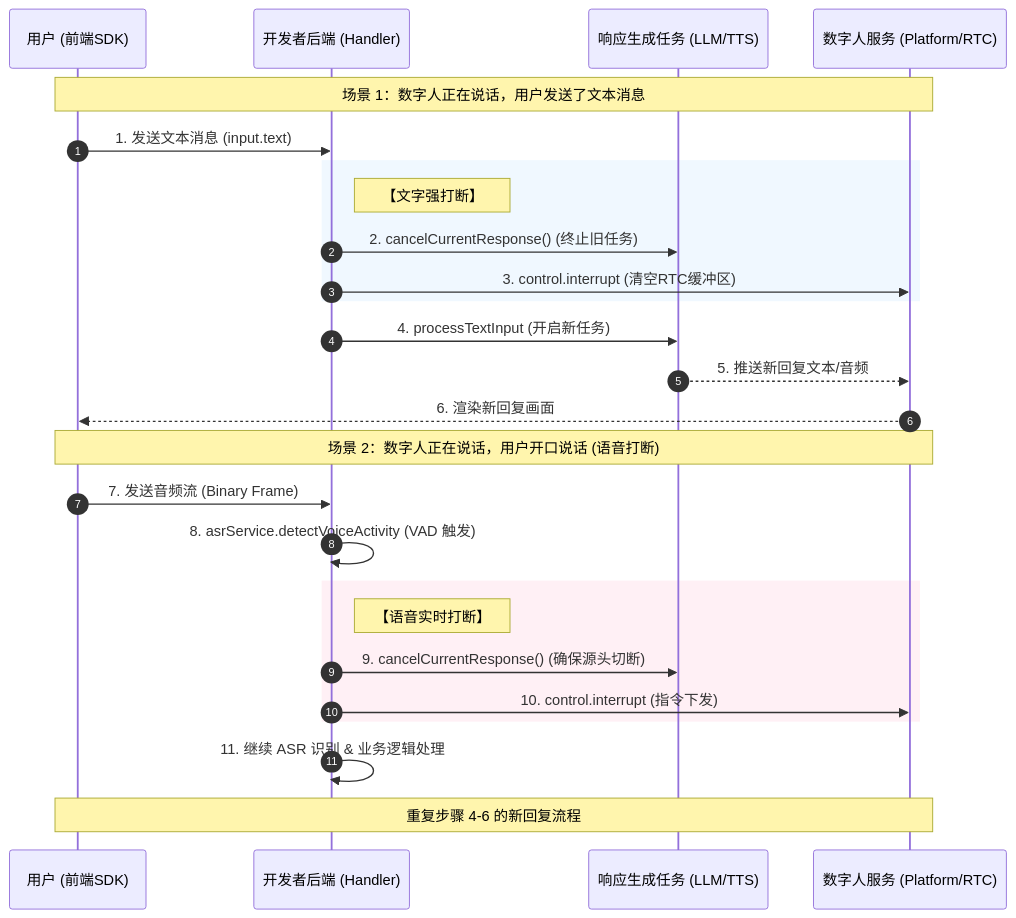
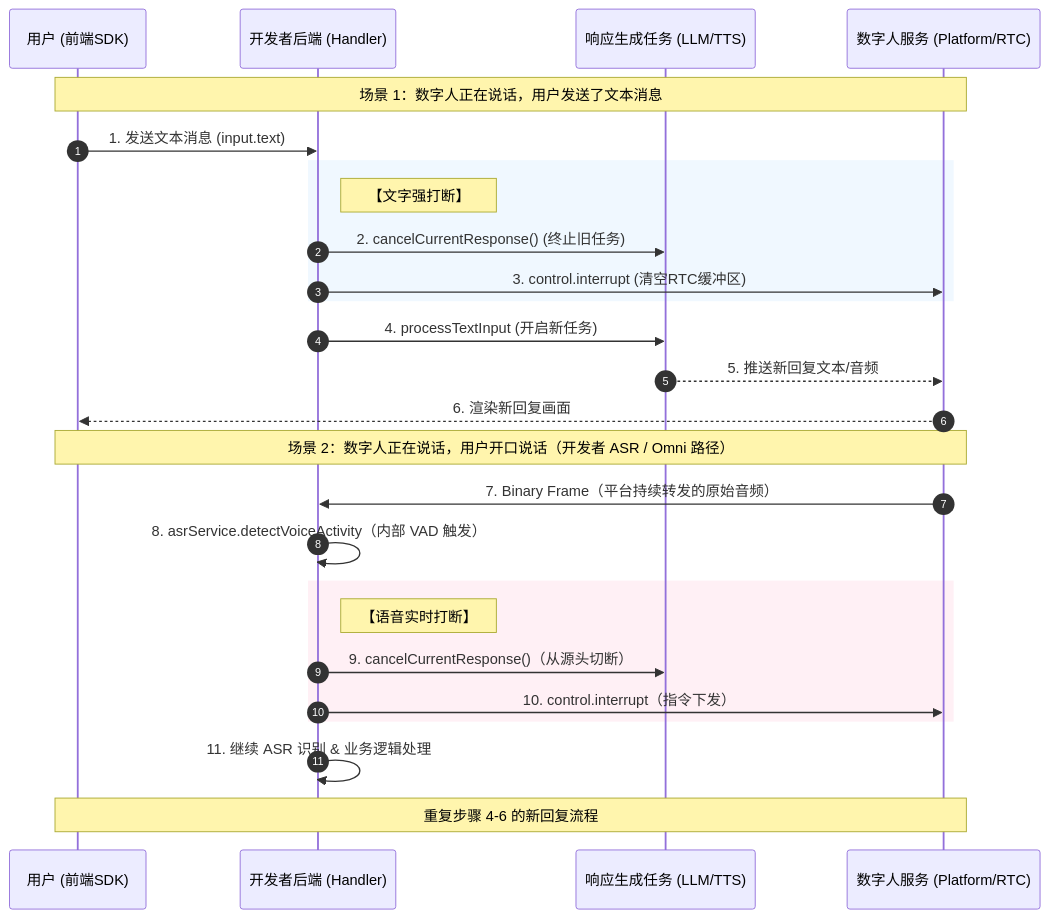
Before and after one commit to newportAI-lab/liveavatar-channel-python: the third of 3 diagrams in PROTOCOL.zh.md, drawn with Mermaid. The commit also changed other lines of this file and 7 other files, not shown here.

````diff
--- a/PROTOCOL.zh.md
+++ b/PROTOCOL.zh.md
@@ -375,35 +389,35 @@
 ```mermaid
 sequenceDiagram
     autonumber
     participant User as 用户 (前端SDK)
     participant AppServer as 开发者后端 (Handler)
     participant Task as 响应生成任务 (LLM/TTS)
     participant Avatar as 数字人服务 (Platform/RTC)
 
     Note over User, Avatar: 场景 1：数字人正在说话，用户发送了文本消息
     User->>AppServer: 1. 发送文本消息 (input.text)
     
     rect rgb(240, 248, 255)
         Note right of AppServer: 【文字强打断】
         AppServer->>Task: 2. cancelCurrentResponse() (终止旧任务)
         AppServer->>Avatar: 3. control.interrupt (清空RTC缓冲区)
     end
     
     AppServer->>Task: 4. processTextInput (开启新任务)
     Task-->>Avatar: 5. 推送新回复文本/音频
     Avatar-->>User: 6. 渲染新回复画面
 
-    Note over User, Avatar: 场景 2：数字人正在说话，用户开口说话 (语音打断)
-    User->>AppServer: 7. 发送音频流 (Binary Frame)
+    Note over User, Avatar: 场景 2：数字人正在说话，用户开口说话（开发者 ASR / Omni 路径）
+    Avatar->>AppServer: 7. Binary Frame（平台持续转发的原始音频）
     
-    AppServer->>AppServer: 8. asrService.detectVoiceActivity (VAD 触发)
+    AppServer->>AppServer: 8. asrService.detectVoiceActivity（内部 VAD 触发）
     
     rect rgb(255, 240, 245)
         Note right of AppServer: 【语音实时打断】
-        AppServer->>Task: 9. cancelCurrentResponse() (确保源头切断)
-        AppServer->>Avatar: 10. control.interrupt (指令下发)
+        AppServer->>Task: 9. cancelCurrentResponse()（从源头切断）
+        AppServer->>Avatar: 10. control.interrupt（指令下发）
     end
 
     AppServer->>AppServer: 11. 继续 ASR 识别 & 业务逻辑处理
     Note over User, Avatar: 重复步骤 4-6 的新回复流程
 ```
````
